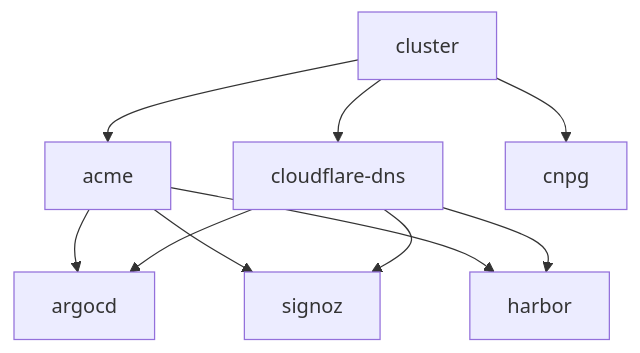
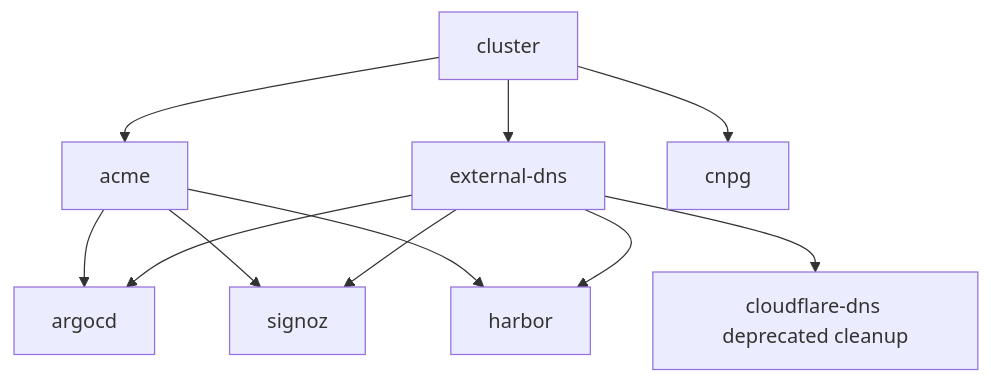
Before and after one commit to paapug/hetzner-kube-express: the diagram in docs/how-it-fits-together.md, drawn with Mermaid. The commit also changed other lines of this file and 13 other files, not shown here.

Commit message:
External DNS documentation update

````diff
--- a/docs/how-it-fits-together.md
+++ b/docs/how-it-fits-together.md
@@ -52,20 +52,22 @@
 ```mermaid
 flowchart TD
   cluster[cluster]
   acme[acme]
-  cloudflareDns[cloudflare-dns]
+  externalDns[external-dns]
+  cloudflareDns["cloudflare-dns deprecated cleanup"]
   cnpg[cnpg]
   argocd[argocd]
   signoz[signoz]
   harbor[harbor]
 
   cluster --> acme
-  cluster --> cloudflareDns
+  cluster --> externalDns
   cluster --> cnpg
   acme --> argocd
-  cloudflareDns --> argocd
+  externalDns --> argocd
   acme --> signoz
-  cloudflareDns --> signoz
+  externalDns --> signoz
   acme --> harbor
-  cloudflareDns --> harbor
+  externalDns --> harbor
+  externalDns --> cloudflareDns
 ```
````
